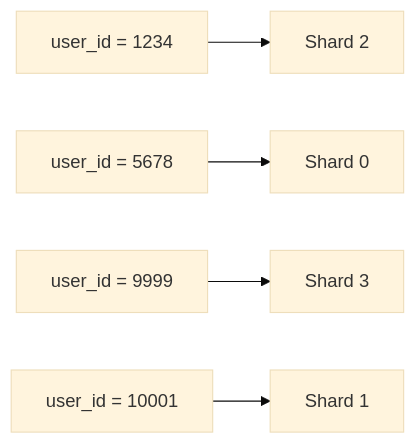
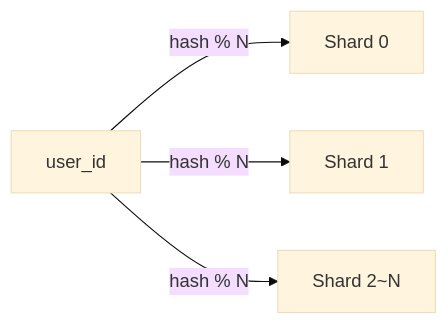
One commit to yjkim2015/yjkim2015.github.io changed the fourth of 13 diagrams in _posts/db/2026-05-01-db-sharding.md. Above: the diagram before and after it, drawn with Mermaid (base theme). The commit also changed other lines of this file and 163 other files, not shown here.

First line of the commit message:
Mermaid 300개 블록 내용 축소: 5노드 5엣지 이하, 의미 있는 약어

````diff
--- a/_posts/db/2026-05-01-db-sharding.md
+++ b/_posts/db/2026-05-01-db-sharding.md
@@ -93,7 +88,6 @@
 ```mermaid
 graph LR
-    K1["user_id = 1234"] --> SH2["Shard 2"]
-    K2["user_id = 5678"] --> SH0["Shard 0"]
-    K3["user_id = 9999"] --> SH3["Shard 3"]
-    K4["user_id = 10001"] --> SH1["Shard 1"]
+    K["user_id"] -->|"hash % N"| SH0["Shard 0"]
+    K -->|"hash % N"| SH1["Shard 1"]
+    K -->|"hash % N"| SH2["Shard 2~N"]
 ```
````
